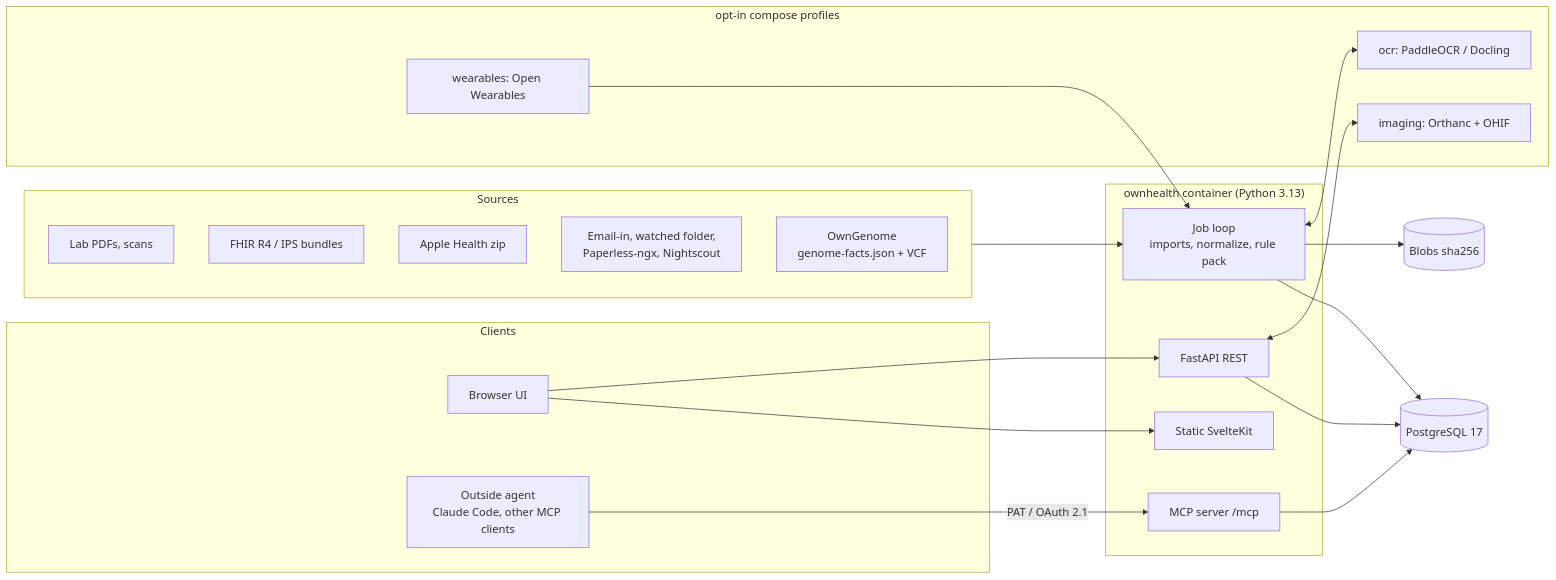
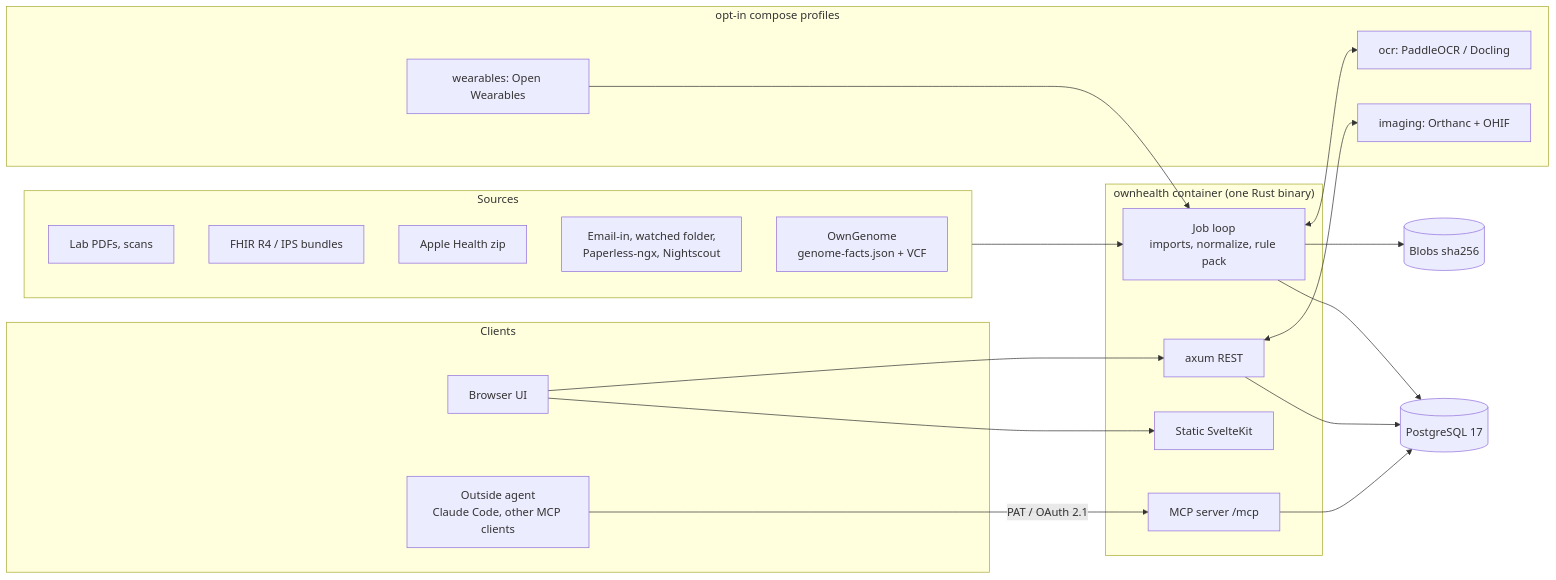
Before and after one commit to GeiserX/OwnHealth: the diagram in docs/PLAN.md, drawn with Mermaid. The commit also changed other lines of this file and 414 other files, not shown here.

First line of the commit message:
feat!: serve OwnHealth from the Rust binary alone and remove the Python backend

````diff
--- a/docs/PLAN.md
+++ b/docs/PLAN.md
@@ -110,38 +110,38 @@
 ```mermaid
 flowchart LR
   subgraph Clients
     B[Browser UI]
     A[Outside agent<br/>Claude Code, other MCP clients]
   end
-  subgraph Core["ownhealth container (Python 3.13)"]
-    API[FastAPI REST]
+  subgraph Core["ownhealth container (one Rust binary)"]
+    API[axum REST]
     MCP["MCP server /mcp"]
     J[Job loop<br/>imports, normalize, rule pack]
     UI[Static SvelteKit]
   end
   PG[(PostgreSQL 17)]
   BL[(Blobs sha256)]
   subgraph Sources
     PDF[Lab PDFs, scans]
     FH[FHIR R4 / IPS bundles]
     AH[Apple Health zip]
     IN[Email-in, watched folder,<br/>Paperless-ngx, Nightscout] 
     OG[OwnGenome<br/>genome-facts.json + VCF]
   end
   subgraph Profiles["opt-in compose profiles"]
     OCR[ocr: PaddleOCR / Docling]
     IMG[imaging: Orthanc + OHIF]
     OW[wearables: Open Wearables]
   end
   B --> UI
   B --> API
   A -->|PAT / OAuth 2.1| MCP
   API --> PG
   MCP --> PG
   J --> PG
   J --> BL
   Sources --> J
   J <--> OCR
   OW --> J
   API <--> IMG
 ```
````
